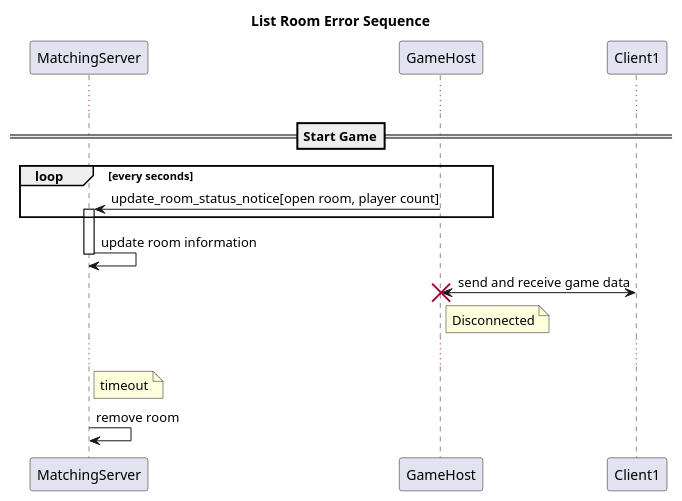
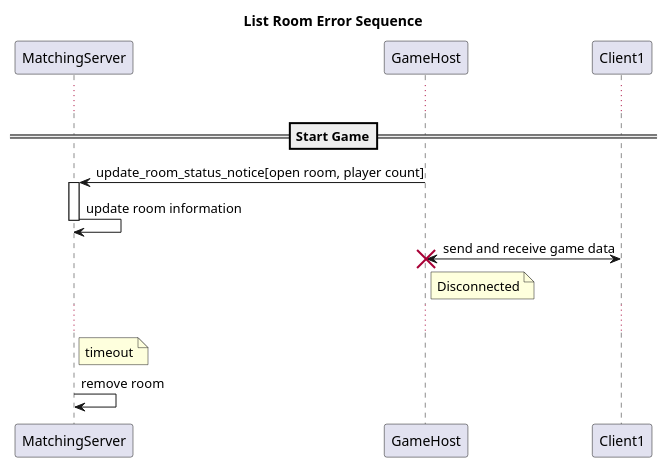
Before and after one commit to CdecPGL/PlanetaMatchMaker: the diagram in Documents/list_room_error_sequence.plantuml, drawn with PlantUML. The commit also changed 2 other files, not shown here.

```diff
--- a/Documents/list_room_error_sequence.plantuml
+++ b/Documents/list_room_error_sequence.plantuml
@@ -1,31 +1,29 @@
 @startuml
 
 title List Room Error Sequence
 
 participant MatchingServer
 participant GameHost
 participant Client1
 
 ...
 
 ==Start Game==
 
-loop every seconds
 GameHost -> MatchingServer : update_room_status_notice[open room, player count]
 activate MatchingServer
-end
 MatchingServer -> MatchingServer : update room information
 deactivate MatchingServer
 
 GameHost<->Client1 : send and receive game data
 destroy GameHost
 
 note right of GameHost: Disconnected
 
 ...
 
 note right of MatchingServer: timeout
 
 MatchingServer -> MatchingServer : remove room
 
 @enduml
```
